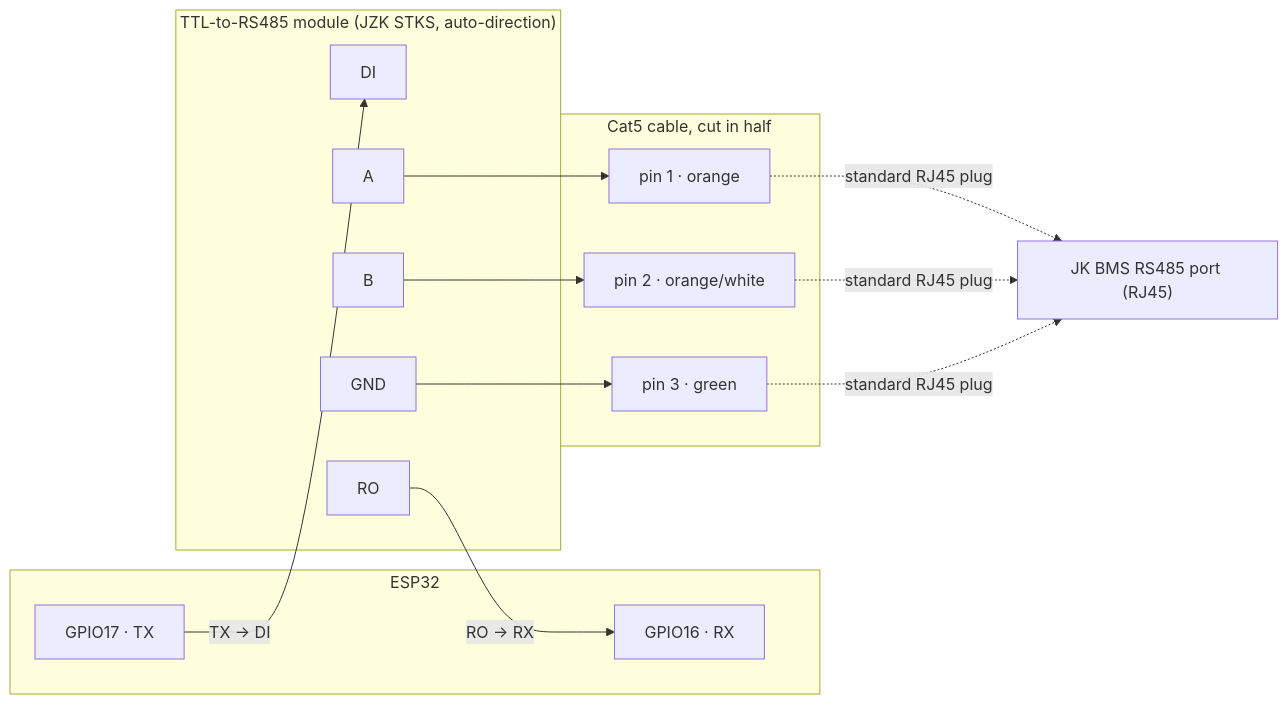
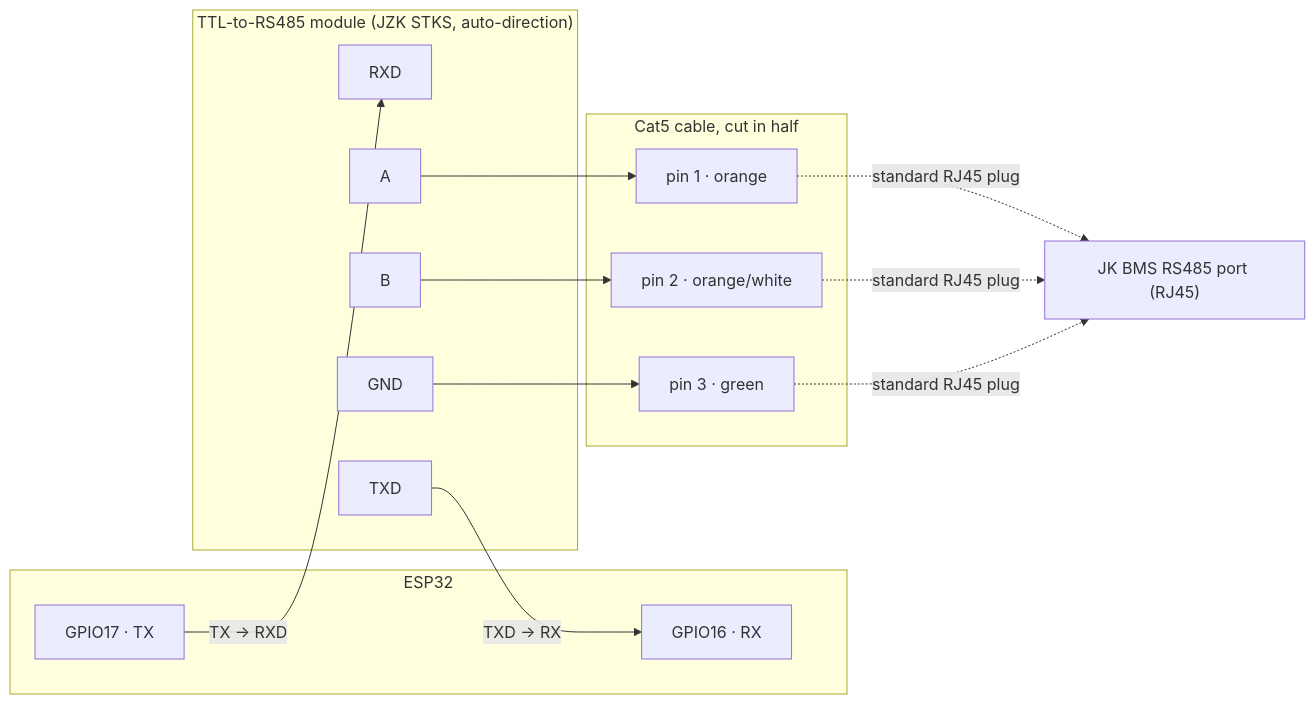
The diagram in README.md (roeldie/JKBMS-Ghost-Battery), drawn with Mermaid before and after one commit. The commit also changed other lines of this file, not shown here.

Commit message:
Fix wiring docs: module uses RXD/TXD labels, not DI/RO

````diff
--- a/README.md
+++ b/README.md
@@ -73,27 +73,27 @@
 ```mermaid
 flowchart LR
     subgraph ESP32
         TX[GPIO17 · TX]
         RX[GPIO16 · RX]
     end
     subgraph RS485["TTL-to-RS485 module (JZK STKS, auto-direction)"]
-        DI[DI]
-        RO[RO]
+        RXD[RXD]
+        TXD[TXD]
         A[A]
         B[B]
         GNDm[GND]
     end
     subgraph Cable["Cat5 cable, cut in half"]
         P1["pin 1 · orange"]
         P2["pin 2 · orange/white"]
         P3["pin 3 · green"]
     end
     BMS["JK BMS RS485 port (RJ45)"]
 
-    TX -->|TX → DI| DI
-    RO -->|RO → RX| RX
+    TX -->|TX → RXD| RXD
+    TXD -->|TXD → RX| RX
     A --> P1
     B --> P2
     GNDm --> P3
     P1 & P2 & P3 -.->|standard RJ45 plug| BMS
 ```
````
